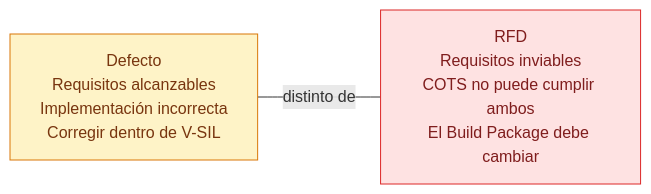
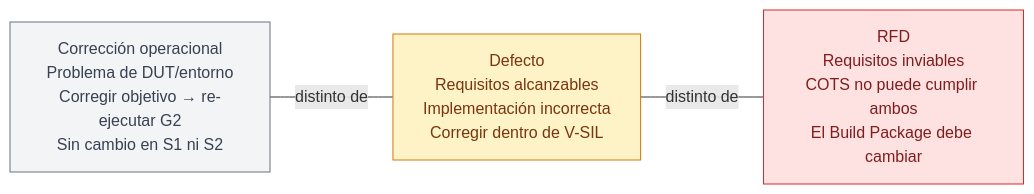
One commit to dramirezbe/codeanvil-gcpds changed diagram 11 of 11 in methodology/V-SIL-v3/V-SIL_v3-spa.md. Above: the diagram before and after it, drawn with Mermaid. The commit also changed other lines of this file and 1 other file, not shown here.

````diff
--- a/methodology/V-SIL-v3/V-SIL_v3-spa.md
+++ b/methodology/V-SIL-v3/V-SIL_v3-spa.md
@@ -498,10 +503,12 @@
 ```mermaid
 flowchart LR
     classDef defect fill:#fef3c7,stroke:#d97706,color:#78350f
     classDef rfd fill:#fee2e2,stroke:#dc2626,color:#7f1d1d
+    classDef ops fill:#f3f4f6,stroke:#6b7280,color:#374151
 
+    O["Corrección operacional<br/>Problema de DUT/entorno<br/>Corregir objetivo → re-ejecutar G2<br/>Sin cambio en S1 ni S2"]:::ops
     D["Defecto<br/>Requisitos alcanzables<br/>Implementación incorrecta<br/>Corregir dentro de V-SIL"]:::defect
     R["RFD<br/>Requisitos inviables<br/>COTS no puede cumplir ambos<br/>El Build Package debe cambiar"]:::rfd
 
-    D ---|"distinto de"| R
+    O ---|"distinto de"| D ---|"distinto de"| R
 ```
````
